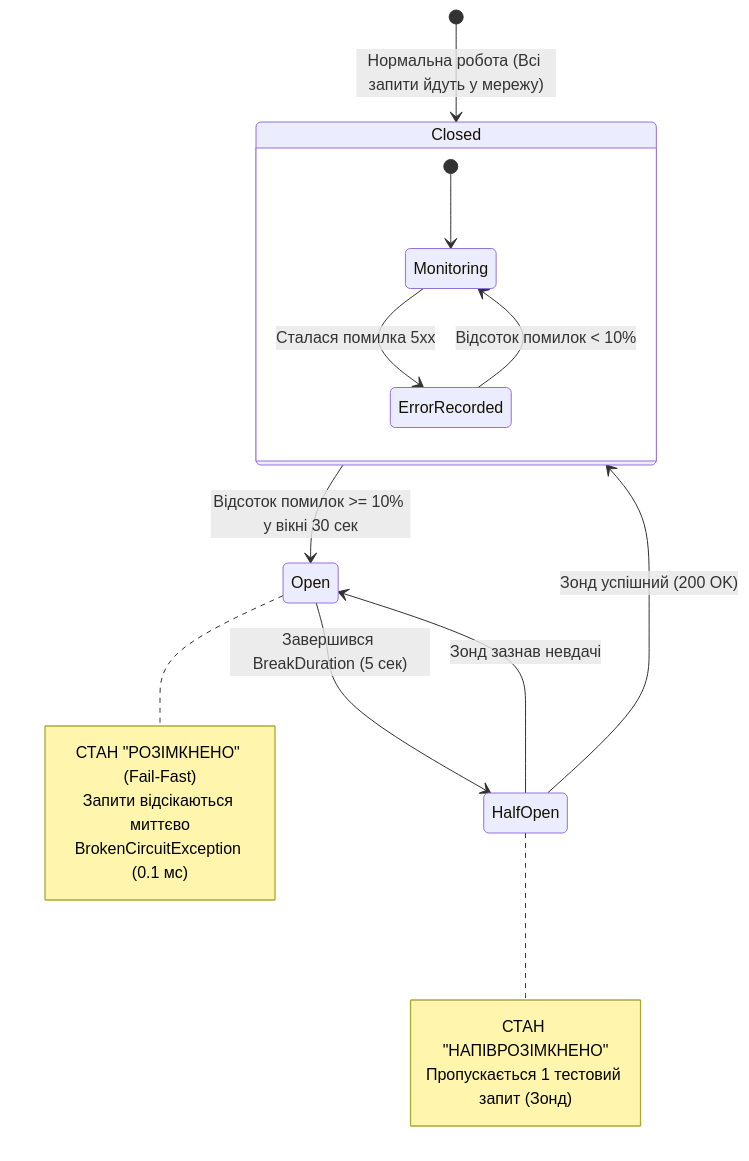
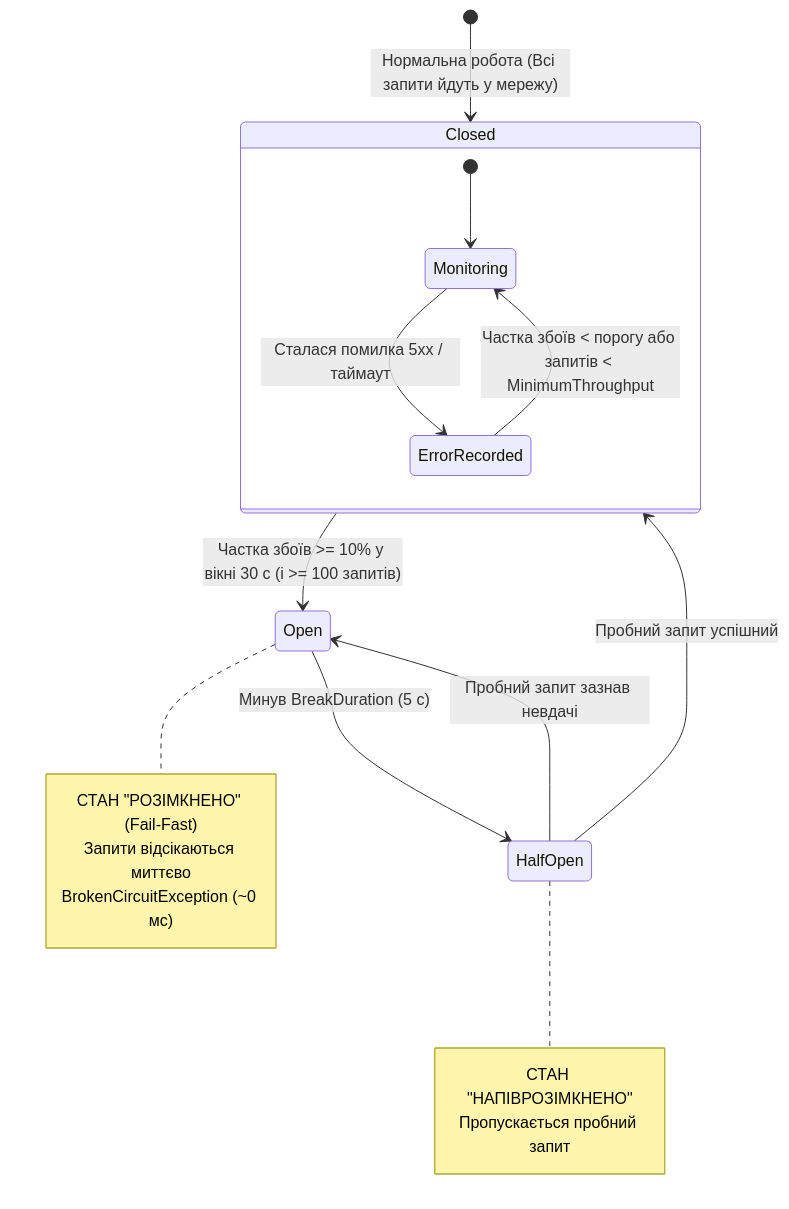
Before and after one commit to MrTomkaYurii/Demo-CargoDeliveryService: the fifth of 5 diagrams in 02-Microservices-Craftsman/02-01-Aspire-Documentation/06_ServiceDiscovery_Resilience_Polly_HttpClient.md, drawn with Mermaid. The commit also changed other lines of this file and 227 other files, not shown here.

````diff
--- a/02-Microservices-Craftsman/02-01-Aspire-Documentation/06_ServiceDiscovery_Resilience_Polly_HttpClient.md
+++ b/02-Microservices-Craftsman/02-01-Aspire-Documentation/06_ServiceDiscovery_Resilience_Polly_HttpClient.md
@@ -194,26 +215,26 @@
 ```mermaid
 stateDiagram-v2
     [*] --> Closed : Нормальна робота (Всі запити йдуть у мережу)
 
     state Closed {
         [*] --> Monitoring
-        Monitoring --> ErrorRecorded : Сталася помилка 5xx
-        ErrorRecorded --> Monitoring : Відсоток помилок < 10%
+        Monitoring --> ErrorRecorded : Сталася помилка 5xx / таймаут
+        ErrorRecorded --> Monitoring : Частка збоїв < порогу або запитів < MinimumThroughput
     }
 
-    Closed --> Open : Відсоток помилок >= 10% у вікні 30 сек
+    Closed --> Open : Частка збоїв >= 10% у вікні 30 с (і >= 100 запитів)
     note right of Open
         СТАН "РОЗІМКНЕНО" (Fail-Fast)
         Запити відсікаються миттєво
-        BrokenCircuitException (0.1 мс)
+        BrokenCircuitException (~0 мс)
     end note
 
-    Open --> HalfOpen : Завершився BreakDuration (5 сек)
+    Open --> HalfOpen : Минув BreakDuration (5 с)
     note right of HalfOpen
         СТАН "НАПІВРОЗІМКНЕНО"
-        Пропускається 1 тестовий запит (Зонд)
+        Пропускається пробний запит
     end note
 
-    HalfOpen --> Closed : Зонд успішний (200 OK)
-    HalfOpen --> Open : Зонд зазнав невдачі
+    HalfOpen --> Closed : Пробний запит успішний
+    HalfOpen --> Open : Пробний запит зазнав невдачі
 ```
````
